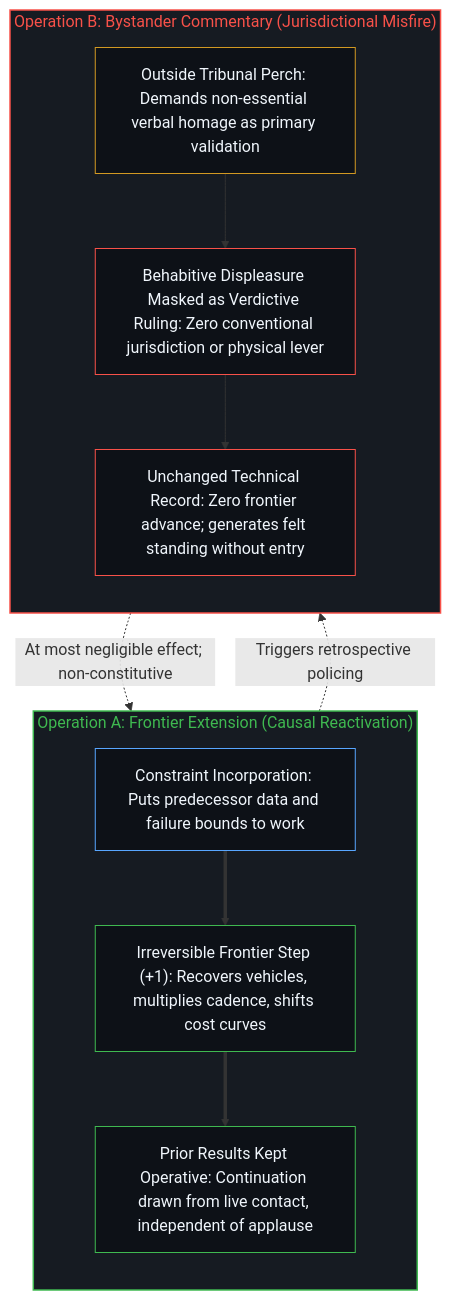
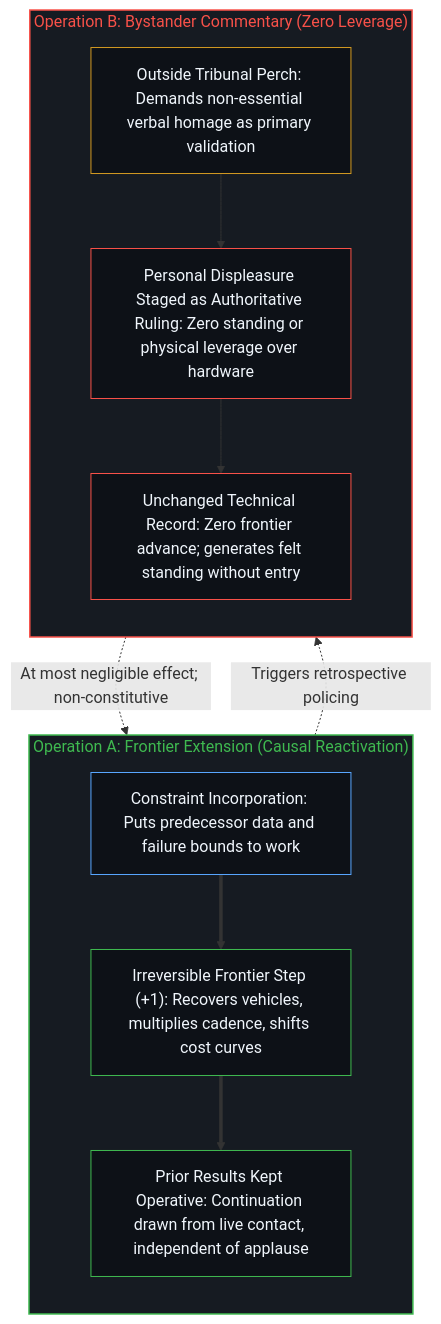
The fourth of 4 diagrams in content/posts/the-reversal-of-the-bystander-commentators.md (powerpig99/not-a-toe), drawn with Mermaid before and after one commit. The commit also changed other lines of this file and 24 other files, not shown here.

````diff
--- a/content/posts/the-reversal-of-the-bystander-commentators.md
+++ b/content/posts/the-reversal-of-the-bystander-commentators.md
@@ -141,27 +141,27 @@
 ```mermaid
 flowchart TD
     subgraph S_Frontier["Operation A: Frontier Extension (Causal Reactivation)"]
         direction TB
         A_Use["Constraint Incorporation: Puts predecessor data and failure bounds to work"]
         A_Advance["Irreversible Frontier Step (+1): Recovers vehicles, multiplies cadence, shifts cost curves"]
         A_Keep["Prior Results Kept Operative: Continuation drawn from live contact, independent of applause"]
         A_Use ==> A_Advance ==> A_Keep
     end
-    subgraph S_Tribunal["Operation B: Bystander Commentary (Jurisdictional Misfire)"]
+    subgraph S_Tribunal["Operation B: Bystander Commentary (Zero Leverage)"]
         direction TB
         B_Seat["Outside Tribunal Perch: Demands non-essential verbal homage as primary validation"]
-        B_Misfire["Behabitive Displeasure Masked as Verdictive Ruling: Zero conventional jurisdiction or physical lever"]
+        B_Misfire["Personal Displeasure Staged as Authoritative Ruling: Zero standing or physical leverage over hardware"]
         B_Static["Unchanged Technical Record: Zero frontier advance; generates felt standing without entry"]
         B_Seat --> B_Misfire --> B_Static
     end
     A_Advance -.->|"Triggers retrospective policing"| B_Seat
     B_Misfire -.->|"At most negligible effect; non-constitutive"| A_Keep
     style S_Frontier fill:#161b22,stroke:#3fb950,stroke-width:1.5px,color:#3fb950
     style S_Tribunal fill:#161b22,stroke:#f85149,stroke-width:1.5px,color:#f85149
     style A_Use fill:#0d1117,stroke:#58a6ff,stroke-width:1px,color:#f0f6fc
     style A_Advance fill:#0d1117,stroke:#3fb950,stroke-width:1px,color:#f0f6fc
     style A_Keep fill:#0d1117,stroke:#3fb950,stroke-width:1px,color:#f0f6fc
     style B_Seat fill:#0d1117,stroke:#d29922,stroke-width:1px,color:#f0f6fc
     style B_Misfire fill:#0d1117,stroke:#f85149,stroke-width:1px,color:#f0f6fc
     style B_Static fill:#0d1117,stroke:#f85149,stroke-width:1px,color:#f0f6fc
 ```
````
